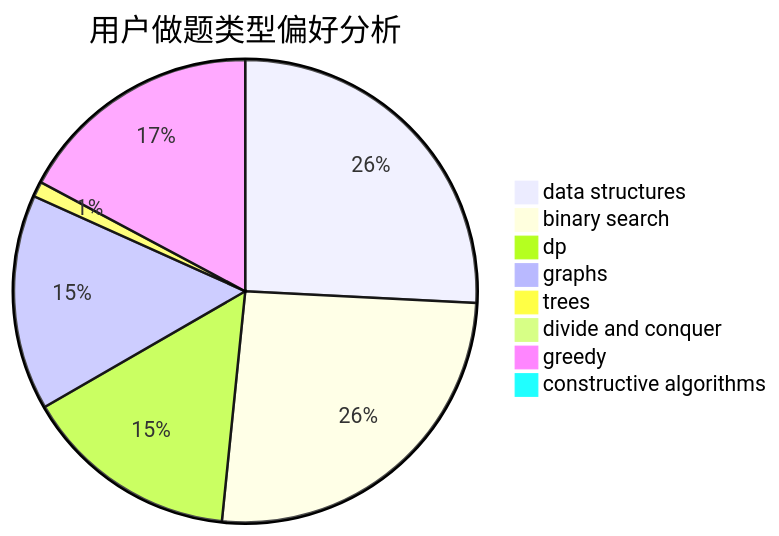
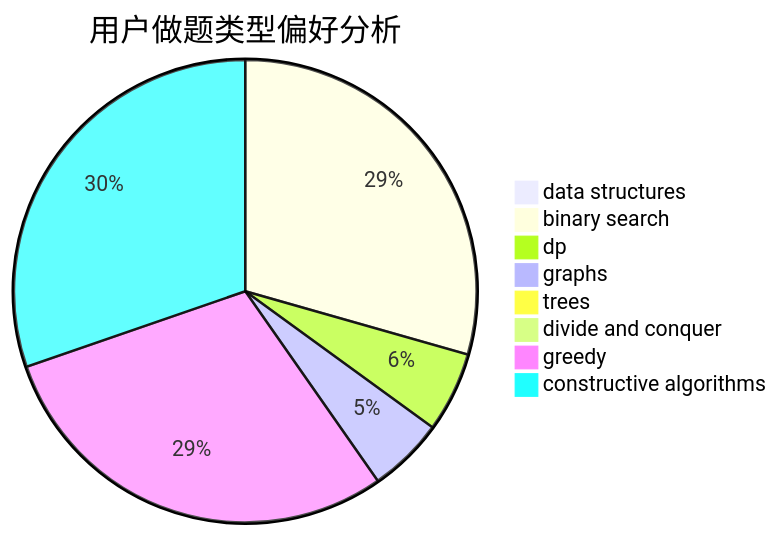
The second of 3 diagrams in docs/user/u1801.md (sherpahu/cfrs.github.io), drawn with Mermaid before and after one commit. The commit also changed other lines of this file and 2770 other files, not shown here.

````diff
--- a/docs/user/u1801.md
+++ b/docs/user/u1801.md
@@ -23,11 +23,11 @@
 ```mermaid
 pie title 用户做题类型偏好分析
-    "data structures" :  24
-    "binary search" :  24
-    "dp" :  14
-    "graphs" :  14
-    "trees" :  1
+    "data structures" :  0
+    "binary search" :  100
+    "dp" :  19
+    "graphs" :  18
+    "trees" :  0
     "divide and conquer" :  0
-    "greedy" :  16
-    "constructive algorithms" :  0
+    "greedy" :  100
+    "constructive algorithms" :  103
 ```
````
